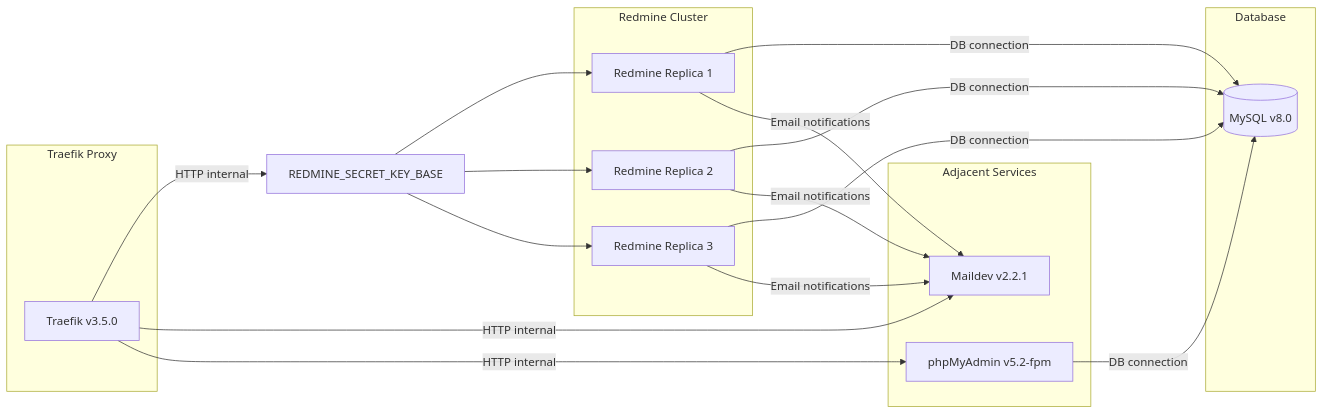
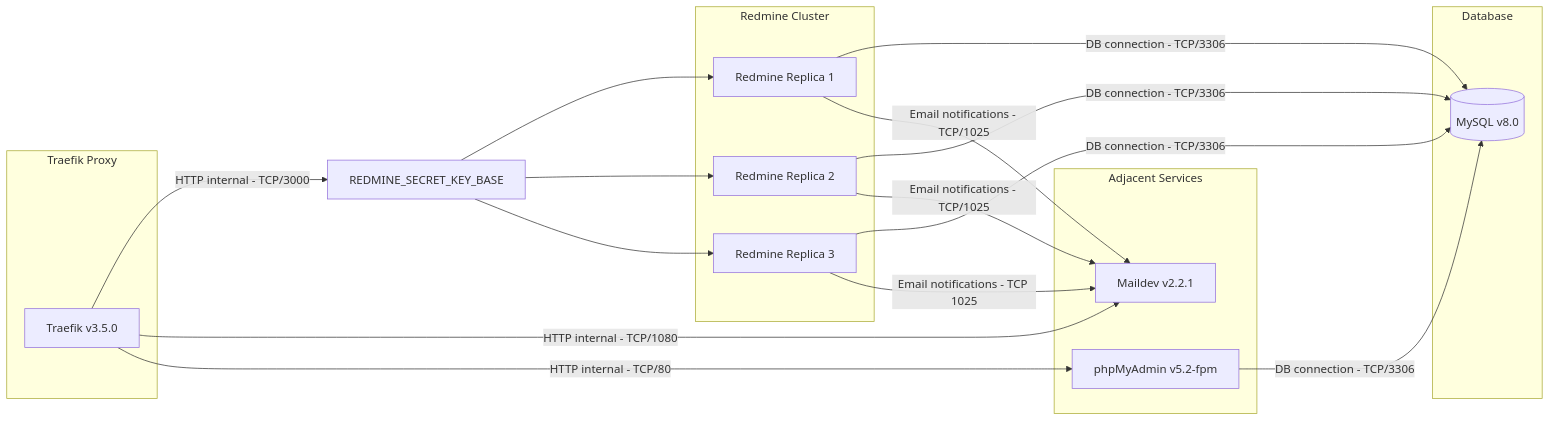
Before and after one commit to mortzkeblar/actividad8-contenedores-integrador1: the diagram in README.md, drawn with Mermaid.

Commit message:
Se agregan información de puertos al diagrama

````diff
--- a/README.md
+++ b/README.md
@@ -5,39 +5,40 @@
 ``` mermaid
 graph LR
 	subgraph Traefik ["Traefik Proxy"]
 		traefik[Traefik v3.5.0]
 	end
 
 	secret["REDMINE_SECRET_KEY_BASE"]
 
 	subgraph Redmine["Redmine Cluster"]
 		redmine1[Redmine Replica 1]
 		redmine2[Redmine Replica 2]
 		redmine3[Redmine Replica 3]
 	end
 	
 	subgraph AdjServices["Adjacent Services"]
 		maildev[Maildev v2.2.1]
 		phpmyadmin[phpMyAdmin v5.2-fpm]
 	end
 	
 	subgraph Database["Database"]
 		db[(MySQL v8.0)]
 	end
 
-	traefik -->|HTTP internal| secret
+	traefik -->|HTTP internal - TCP/3000| secret
 	secret --> redmine1
 	secret --> redmine2
 	secret --> redmine3
-	traefik -->|HTTP internal| maildev
-	traefik -->|HTTP internal| phpmyadmin
+	traefik -->|HTTP internal - TCP/1080| maildev
+	traefik -->|HTTP internal - TCP/80| phpmyadmin
 
-	redmine1 -->|DB connection| db
-	redmine2 -->|DB connection| db
-	redmine3 -->|DB connection| db
-	phpmyadmin -->|DB connection| db
+	redmine1 -->|DB connection - TCP/3306| db
+	redmine2 -->|DB connection - TCP/3306| db
+	redmine3 -->|DB connection - TCP/3306| db
+	phpmyadmin -->|DB connection - TCP/3306| db
+	
+	redmine1 -->|Email notifications - TCP/1025| maildev
+	redmine2 -->|Email notifications - TCP/1025| maildev
+	redmine3 -->|Email notifications - TCP 1025| maildev
 
-    redmine1 -->|Email notifications| maildev
-	redmine2 -->|Email notifications| maildev
-	redmine3 -->|Email notifications| maildev
 ```
````
